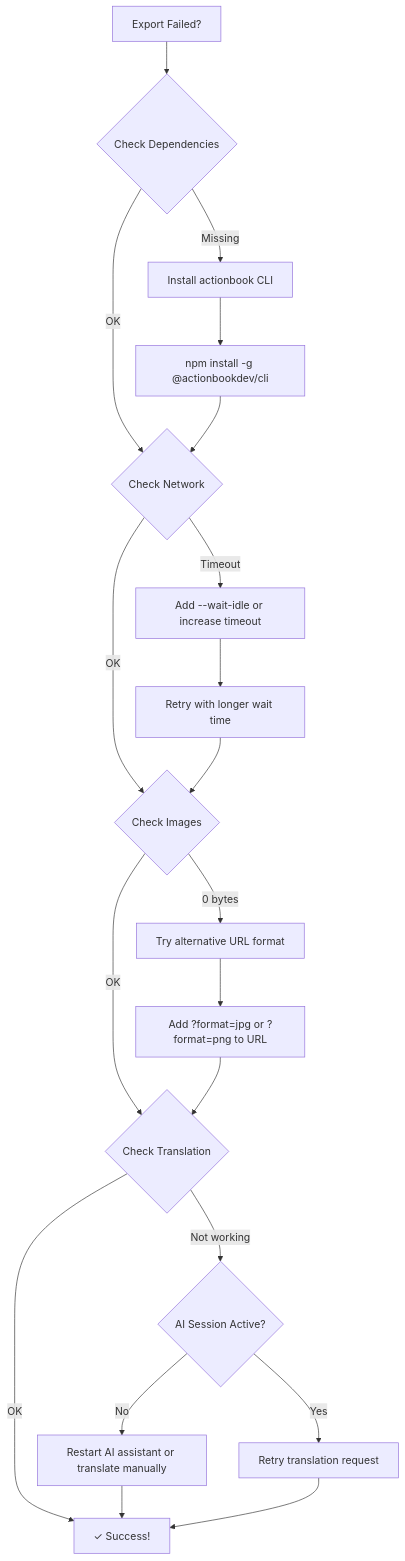
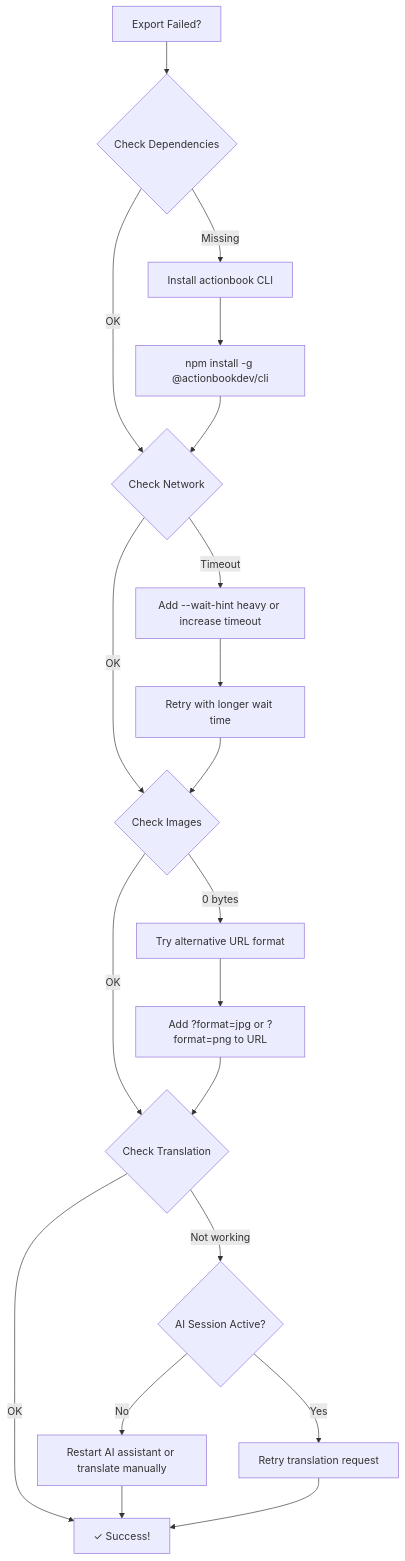
The diagram in playground/article-exporter/TROUBLESHOOTING.md (DevZonayed/nexalance-skill-actionbook-actionbook), drawn with Mermaid before and after one commit. The commit also changed other lines of this file and 3 other files, not shown here.

````diff
--- a/playground/article-exporter/TROUBLESHOOTING.md
+++ b/playground/article-exporter/TROUBLESHOOTING.md
@@ -9,30 +9,30 @@
 ```mermaid
 graph TD
     A[Export Failed?] --> B{Check Dependencies}
     B -->|Missing| C[Install actionbook CLI]
     B -->|OK| D{Check Network}
 
     C --> C1[npm install -g @actionbookdev/cli]
     C1 --> D
 
-    D -->|Timeout| E[Add --wait-idle or increase timeout]
+    D -->|Timeout| E[Add --wait-hint heavy or increase timeout]
     D -->|OK| F{Check Images}
 
     E --> E1[Retry with longer wait time]
     E1 --> F
 
     F -->|0 bytes| G[Try alternative URL format]
     F -->|OK| H{Check Translation}
 
     G --> G1[Add ?format=jpg or ?format=png to URL]
     G1 --> H
 
     H -->|Not working| I{AI Session Active?}
     H -->|OK| J[✓ Success!]
 
     I -->|No| K[Restart AI assistant or translate manually]
     I -->|Yes| L[Retry translation request]
 
     K --> J
     L --> J
 ```
````
